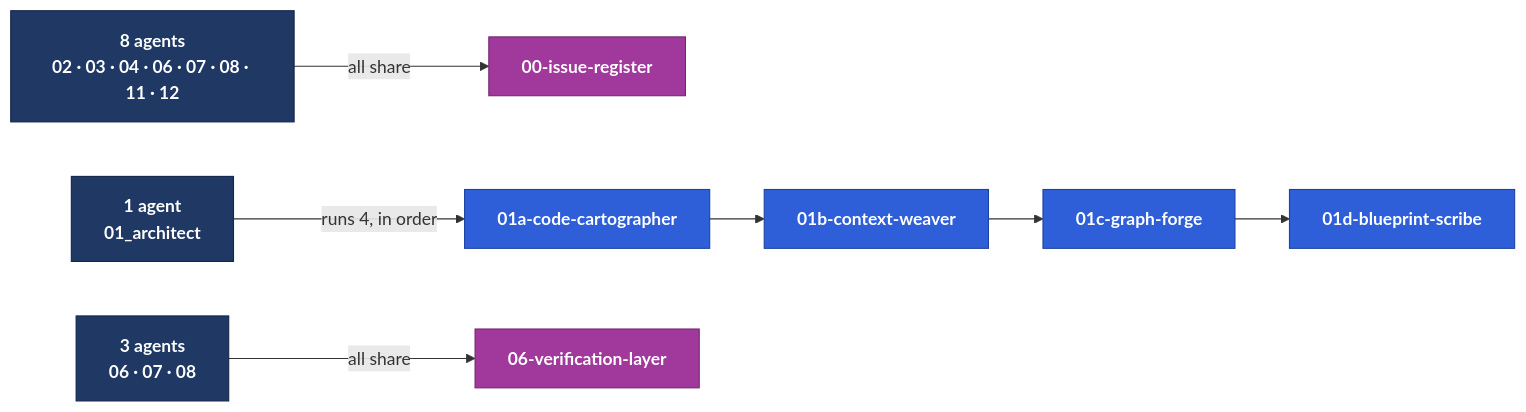
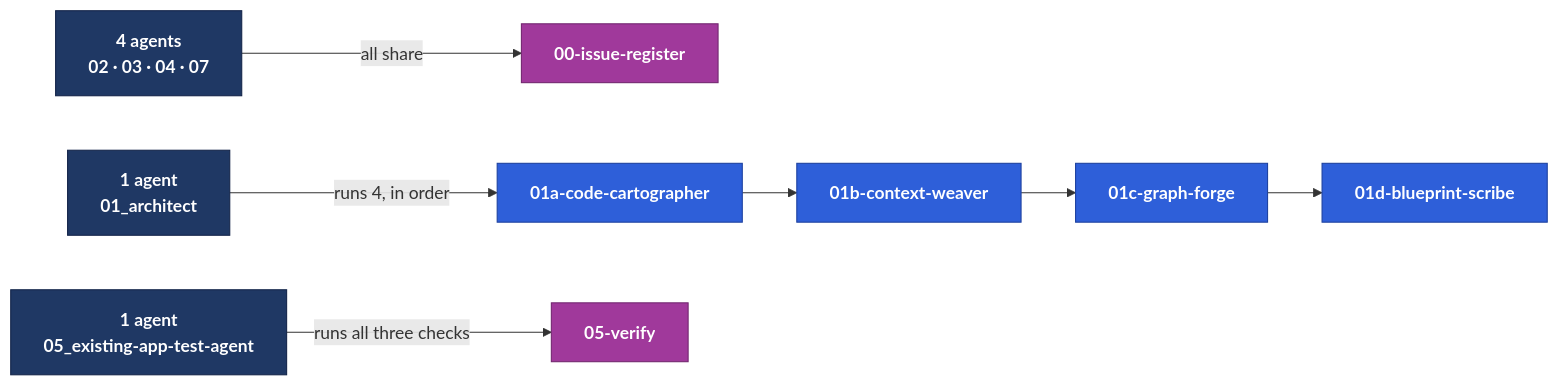
Before and after one commit to Udaradg/sample-java-project: the second of 5 diagrams in .github/README.md, drawn with Mermaid. The commit also changed other lines of this file and 192 other files, not shown here.

````diff
--- a/.github/README.md
+++ b/.github/README.md
@@ -147,18 +151,18 @@
 ```mermaid
 flowchart LR
-  A0["8 agents<br/>02 · 03 · 04 · 06 · 07 · 08 · 11 · 12"] -->|"all share"| K0["00-issue-register"]
+  A0["4 agents<br/>02 · 03 · 04 · 07"] -->|"all share"| K0["00-issue-register"]
 
   AA["1 agent<br/>01_architect"] -->|"runs 4, in order"| K1["01a-code-cartographer"]
   K1 --> K2["01b-context-weaver"]
   K2 --> K3["01c-graph-forge"]
   K3 --> K4["01d-blueprint-scribe"]
 
-  AV["3 agents<br/>06 · 07 · 08"] -->|"all share"| K6["06-verification-layer"]
+  AV["1 agent<br/>05_existing-app-test-agent"] -->|"runs all three checks"| K6["05-verify"]
 
   classDef skill fill:#2E5FD9,stroke:#1e42a0,color:#fff,font-weight:bold
   classDef agent fill:#1F3864,stroke:#14254a,color:#fff,font-weight:bold
   classDef shared fill:#A0399B,stroke:#732770,color:#fff,font-weight:bold
   class K1,K2,K3,K4 skill
   class K0,K6 shared
   class A0,AA,AV agent
 ```
````
